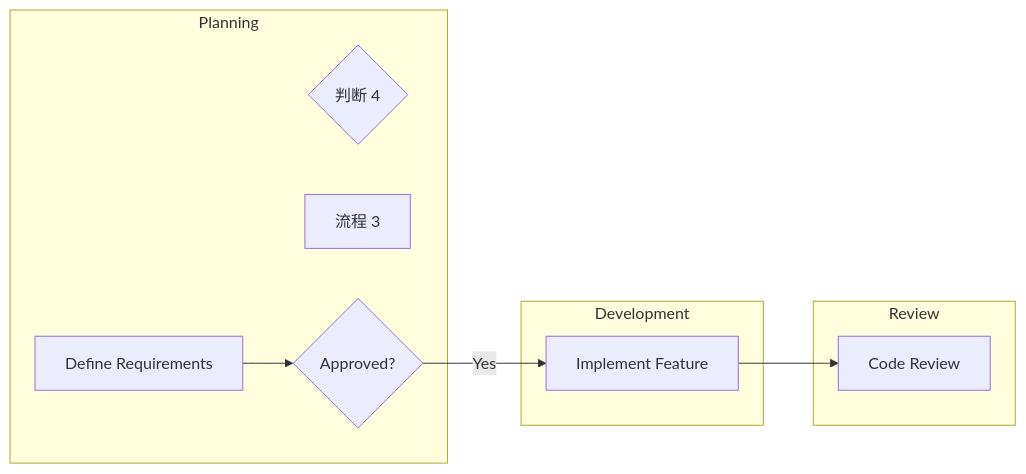
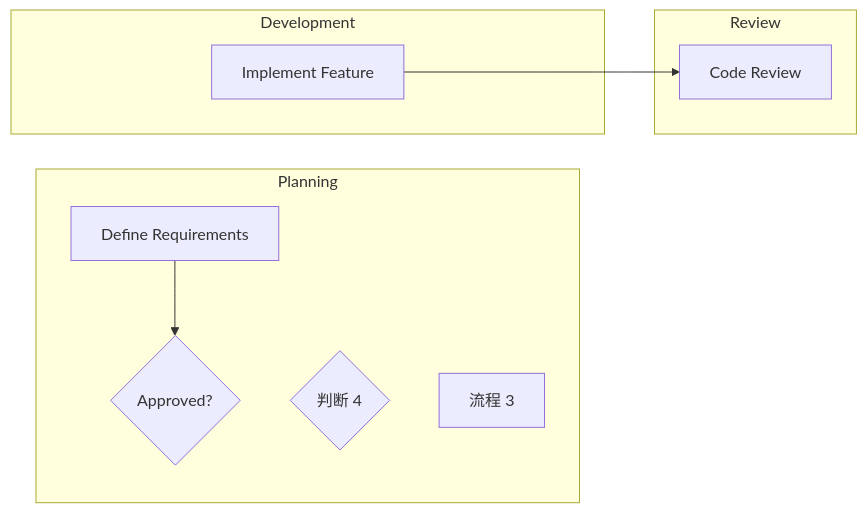
Before and after one commit to pingpm/mermaid_vault: the diagram in mmd/123_b43a13b5-62f2-40f7-9953-98e98a4a432b.mmd, drawn with Mermaid. The commit also changed 2 other files, not shown here.

Commit message:
Sync Mermaid Studio data (11 diagrams)

```diff
--- a/mmd/123_b43a13b5-62f2-40f7-9953-98e98a4a432b.mmd
+++ b/mmd/123_b43a13b5-62f2-40f7-9953-98e98a4a432b.mmd
@@ -1,16 +1,15 @@
 graph LR
   subgraph lane_lane_1["Planning"]
     t_task_1["Define Requirements"]
     t_cae9b98b_edee_45c6_9b7f_4d4b060ee35b{"判断 4"}
     t_b9d70606_633a_46b0_a2a2_e62012ac1b8a["流程 3"]
     t_task_2{"Approved?"}
   end
   subgraph lane_lane_2["Development"]
     t_task_3["Implement Feature"]
   end
   subgraph lane_lane_3["Review"]
     t_task_4["Code Review"]
   end
   t_task_1 --> t_task_2
-  t_task_2 -->|"Yes"| t_task_3
   t_task_3 --> t_task_4
```
